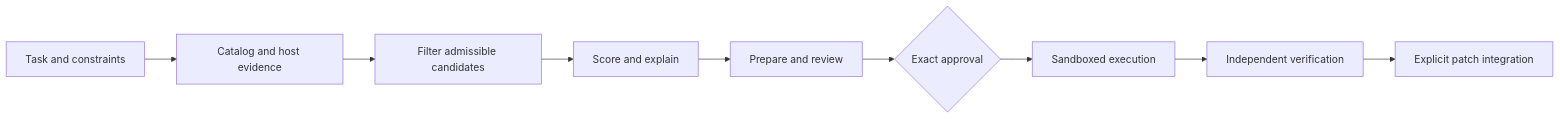
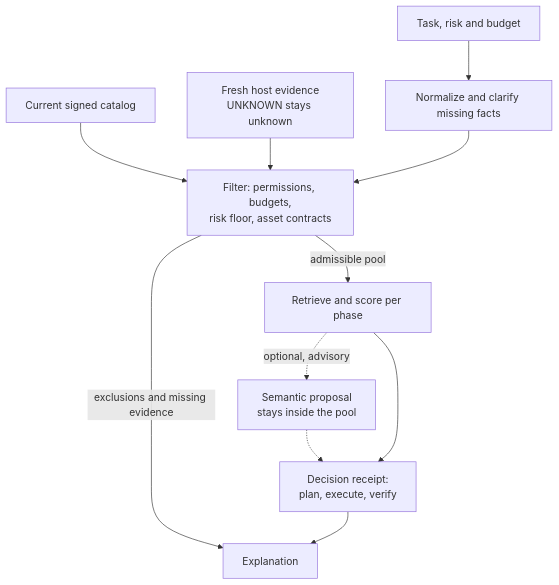
Before and after one commit to FlorianBruniaux/agent-router: the second of 3 diagrams in README.md, drawn with Mermaid. The commit also changed other lines of this file and 5 other files, not shown here.

First line of the commit message:
docs: add changelog and install guide, refresh README and roadmap

````diff
--- a/README.md
+++ b/README.md
@@ -151,11 +201,13 @@
 ```mermaid
-flowchart LR
-    T[Task and constraints] --> C[Catalog and host evidence]
-    C --> F[Filter admissible candidates]
-    F --> R[Score and explain]
-    R --> P[Prepare and review]
-    P --> A{Exact approval}
-    A --> E[Sandboxed execution]
-    E --> V[Independent verification]
-    V --> I[Explicit patch integration]
+flowchart TD
+    T[Task, risk and budget] --> N[Normalize and clarify missing facts]
+    C[Current signed catalog] --> F
+    E[Fresh host evidence<br/>UNKNOWN stays unknown] --> F
+    N --> F[Filter: permissions, budgets,<br/>risk floor, asset contracts]
+    F -->|admissible pool| S[Retrieve and score per phase]
+    S -. optional, advisory .-> B[Semantic proposal<br/>stays inside the pool]
+    B -.-> D
+    S --> D[Decision receipt:<br/>plan, execute, verify]
+    F -->|exclusions and missing evidence| X[Explanation]
+    D --> X
 ```
````
